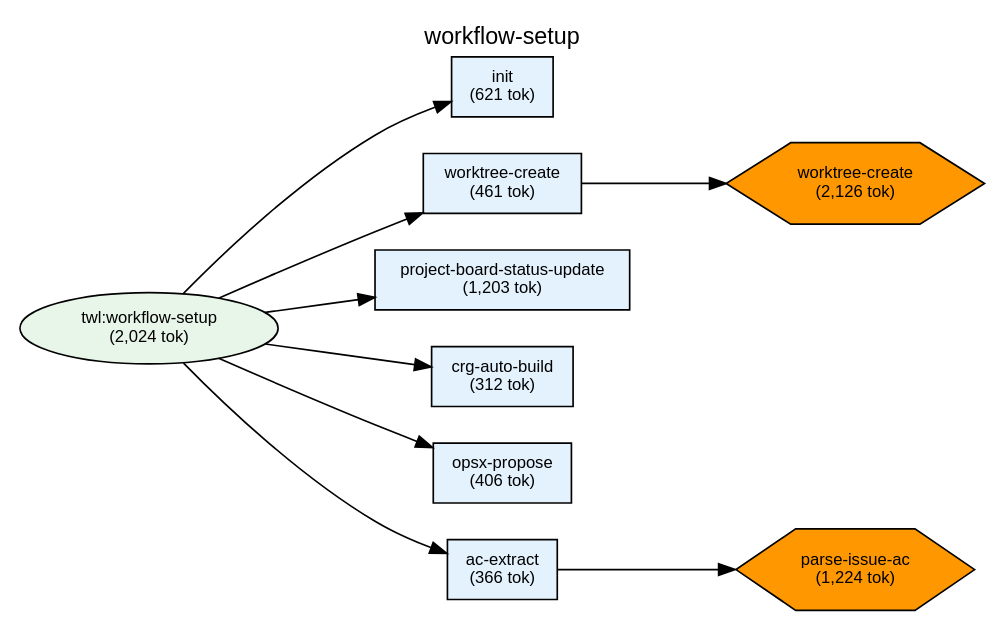
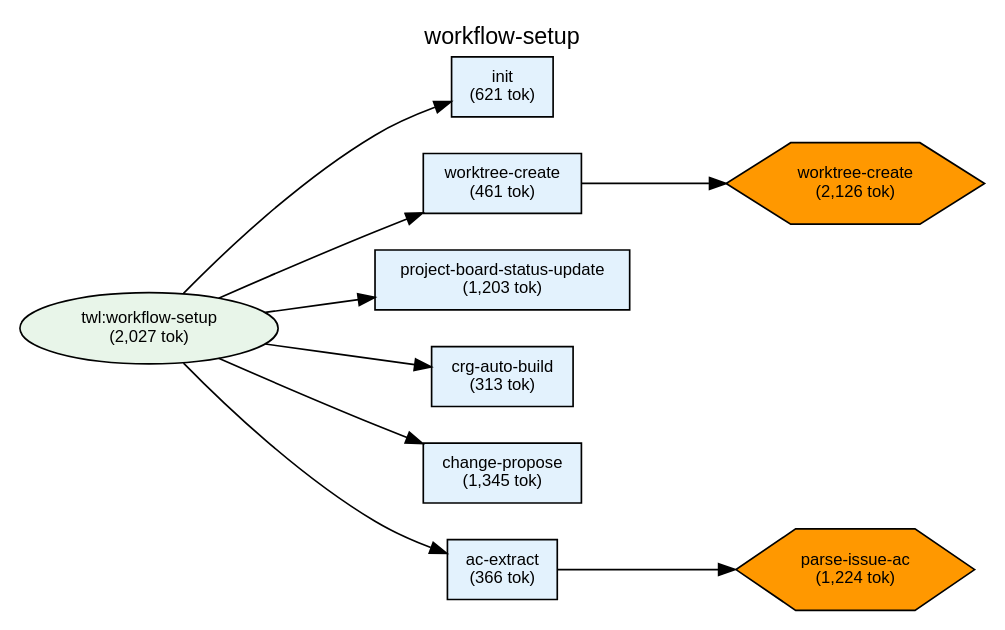
The diagram in plugins/twl/docs/deps-workflow-setup.dot (shuu5/twill), drawn with Graphviz before and after one commit. The commit also changed 39 other files, not shown here.

First line of the commit message:
feat(twl): OpenSpecコマンドrename opsx-* → change-* 統合 + archive workflow統合

```diff
--- a/plugins/twl/docs/deps-workflow-setup.dot
+++ b/plugins/twl/docs/deps-workflow-setup.dot
@@ -1,62 +1,62 @@
 digraph Dependencies {
     // Graph settings
     rankdir=LR;
     ranksep=0.8;
     nodesep=0.3;
     fontname="Helvetica";
     node [fontname="Helvetica", fontsize=10];
     edge [fontname="Helvetica", fontsize=9];
     label="workflow-setup";
     labelloc=t;
     fontsize=14;
 
     // L0: Controller Skills
 
     // L0: Launchers
 
     // L0.5: Workflow Skills
-    skill_workflow_setup [label="twl:workflow-setup\n(2,024 tok)", shape=ellipse, style=filled, fillcolor="#e8f5e9"];
+    skill_workflow_setup [label="twl:workflow-setup\n(2,027 tok)", shape=ellipse, style=filled, fillcolor="#e8f5e9"];
 
     // Reference Skills
 
     // L1: Direct Commands
     cmd_init [label="init\n(621 tok)", shape=box, style=filled, fillcolor="#e3f2fd"];
     cmd_worktree_create [label="worktree-create\n(461 tok)", shape=box, style=filled, fillcolor="#e3f2fd"];
     cmd_project_board_status_update [label="project-board-status-update\n(1,203 tok)", shape=box, style=filled, fillcolor="#e3f2fd"];
-    cmd_crg_auto_build [label="crg-auto-build\n(312 tok)", shape=box, style=filled, fillcolor="#e3f2fd"];
-    cmd_opsx_propose [label="opsx-propose\n(406 tok)", shape=box, style=filled, fillcolor="#e3f2fd"];
+    cmd_crg_auto_build [label="crg-auto-build\n(313 tok)", shape=box, style=filled, fillcolor="#e3f2fd"];
+    cmd_change_propose [label="change-propose\n(1,345 tok)", shape=box, style=filled, fillcolor="#e3f2fd"];
     cmd_ac_extract [label="ac-extract\n(366 tok)", shape=box, style=filled, fillcolor="#e3f2fd"];
 
     // L2: Sub Commands
 
     // L3: Agents
 
     // L3.5: Scripts
     script_worktree_create [label="worktree-create\n(2,126 tok)", shape=hexagon, style=filled, fillcolor="#FF9800"];
     script_parse_issue_ac [label="parse-issue-ac\n(1,224 tok)", shape=hexagon, style=filled, fillcolor="#FF9800"];
 
     // L4: External
 
     // Layer constraints
     { rank=same; skill_workflow_setup; }
-    { rank=same; cmd_init; cmd_worktree_create; cmd_project_board_status_update; cmd_crg_auto_build; cmd_opsx_propose; cmd_ac_extract; }
+    { rank=same; cmd_init; cmd_worktree_create; cmd_project_board_status_update; cmd_crg_auto_build; cmd_change_propose; cmd_ac_extract; }
     { rank=same; script_worktree_create; script_parse_issue_ac; }
 
     // Edges
     skill_workflow_setup -> cmd_init;
     skill_workflow_setup -> cmd_worktree_create;
     skill_workflow_setup -> cmd_project_board_status_update;
     skill_workflow_setup -> cmd_crg_auto_build;
-    skill_workflow_setup -> cmd_opsx_propose;
+    skill_workflow_setup -> cmd_change_propose;
     skill_workflow_setup -> cmd_ac_extract;
     cmd_worktree_create -> script_worktree_create;
     cmd_ac_extract -> script_parse_issue_ac;
 
     // Ordering constraints (invisible edges)
     cmd_init -> cmd_worktree_create [style=invis, weight=10];
     cmd_worktree_create -> cmd_project_board_status_update [style=invis, weight=10];
     cmd_project_board_status_update -> cmd_crg_auto_build [style=invis, weight=10];
-    cmd_crg_auto_build -> cmd_opsx_propose [style=invis, weight=10];
-    cmd_opsx_propose -> cmd_ac_extract [style=invis, weight=10];
+    cmd_crg_auto_build -> cmd_change_propose [style=invis, weight=10];
+    cmd_change_propose -> cmd_ac_extract [style=invis, weight=10];
 
 }
```
